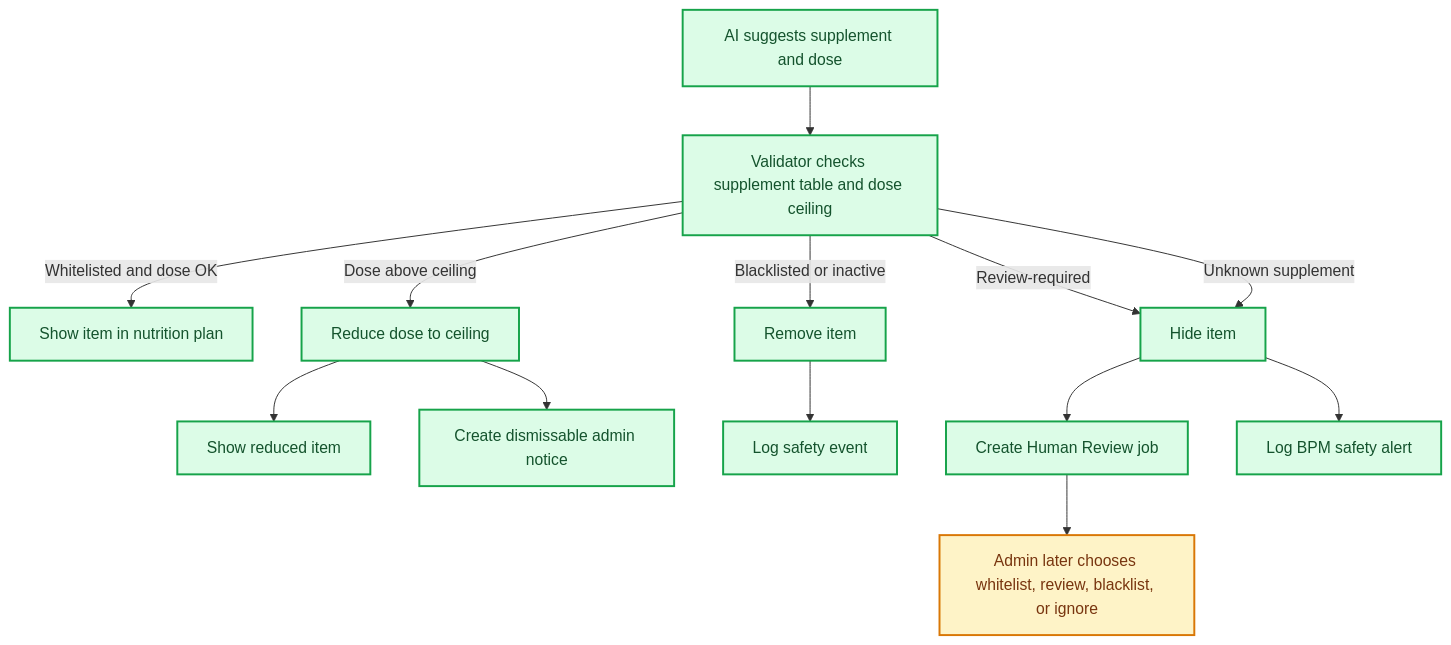
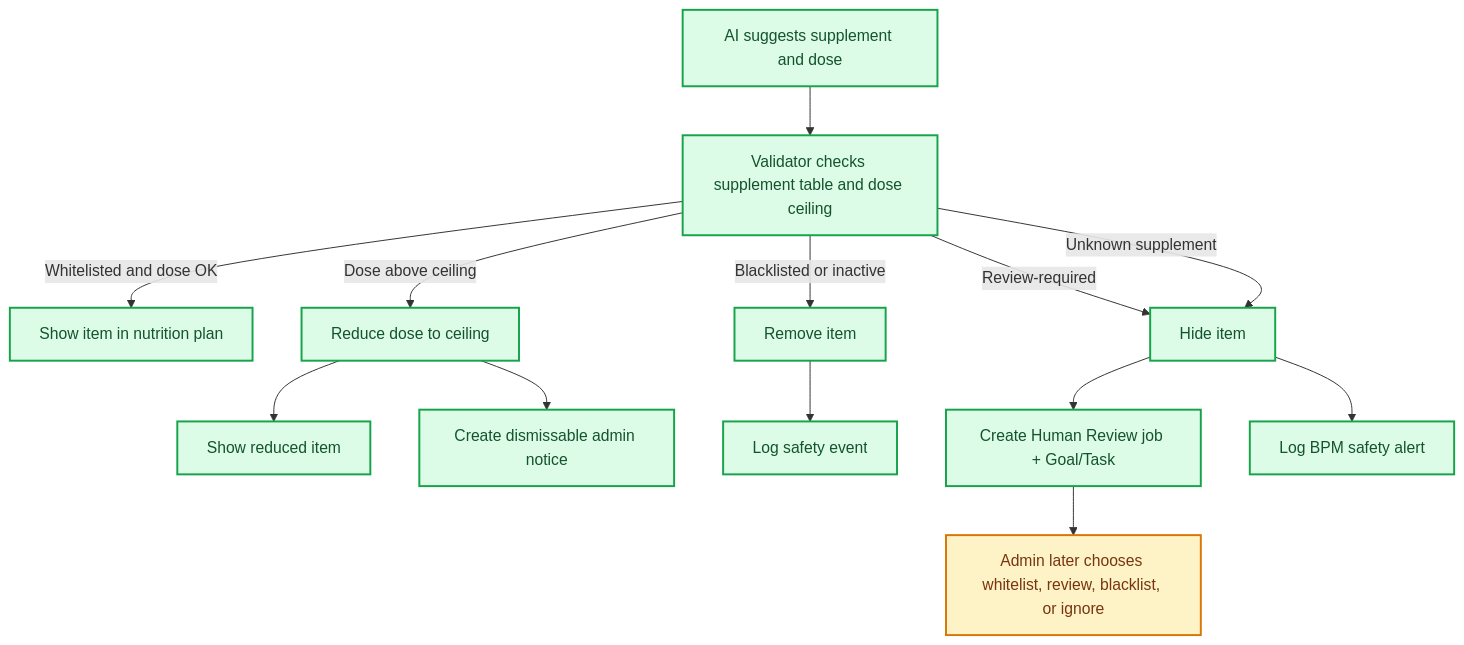
One commit to ni33les/healthspan-ui changed the second of 2 diagrams in docs/business_blueprint.md. Above: the diagram before and after it, drawn with Mermaid. The commit also changed other lines of this file and 5 other files, not shown here.

````diff
--- a/docs/business_blueprint.md
+++ b/docs/business_blueprint.md
@@ -262,22 +262,22 @@
 ```mermaid
 flowchart TB
   A["AI suggests supplement and dose"] --> B["Validator checks supplement table and dose ceiling"]
   B -->|Whitelisted and dose OK| C["Show item in nutrition plan"]
   B -->|Dose above ceiling| D["Reduce dose to ceiling"]
   D --> E["Show reduced item"]
   D --> F["Create dismissable admin notice"]
   B -->|Blacklisted or inactive| G["Remove item"]
   G --> H["Log safety event"]
   B -->|Review-required| I["Hide item"]
   B -->|Unknown supplement| I
-  I --> J["Create Human Review job"]
+  I --> J["Create Human Review job + Goal/Task"]
   I --> K["Log BPM safety alert"]
   J --> L["Admin later chooses whitelist, review, blacklist, or ignore"]
 
   classDef done fill:#dcfce7,stroke:#16a34a,color:#14532d,stroke-width:2px;
   classDef partial fill:#fef3c7,stroke:#d97706,color:#78350f,stroke-width:2px;
   classDef todo fill:#ffffff,stroke:#94a3b8,color:#334155,stroke-width:1px;
 
   class A,B,C,D,E,F,G,H,I,J,K done;
   class L partial;
 ```
````
